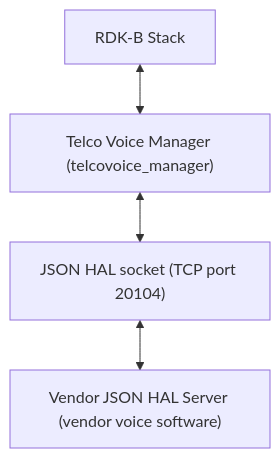
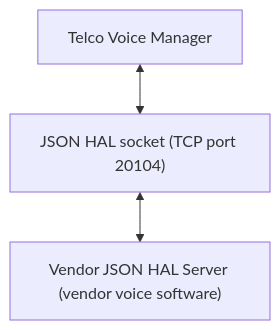
Before and after one commit to rdkcentral/rdkb-halif-voice: the first of 2 diagrams in docs/pages/VoiceHalSpec.md, drawn with Mermaid. The commit also changed other lines of this file, not shown here.

First line of the commit message:
RDKHAL-7 - Create Telco Voice HAL specification and add HAL schema

````diff
--- a/docs/pages/VoiceHalSpec.md
+++ b/docs/pages/VoiceHalSpec.md
@@ -65,7 +43,6 @@
 ```mermaid
 flowchart TD;
-    RDKBStack[RDK-B Stack] <-->
-    TelcoVoiceManager["Telco Voice Manager (telcovoice_manager)"] <-->
+    TelcoVoiceManager["Telco Voice Manager"] <-->
     JSONHALSocket["JSON HAL socket (TCP port 20104)"] <-->
     VendorServer["Vendor JSON HAL Server (vendor voice software)"]
 ```
````
